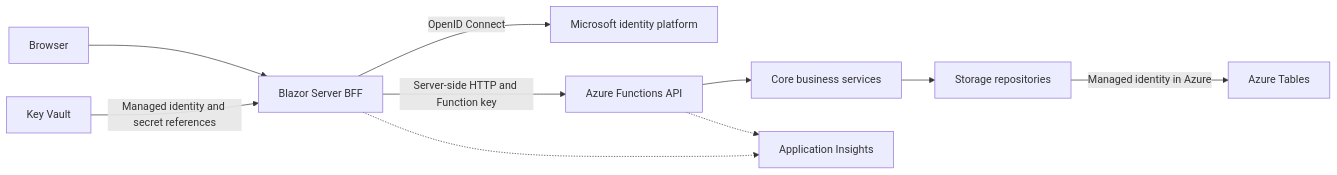
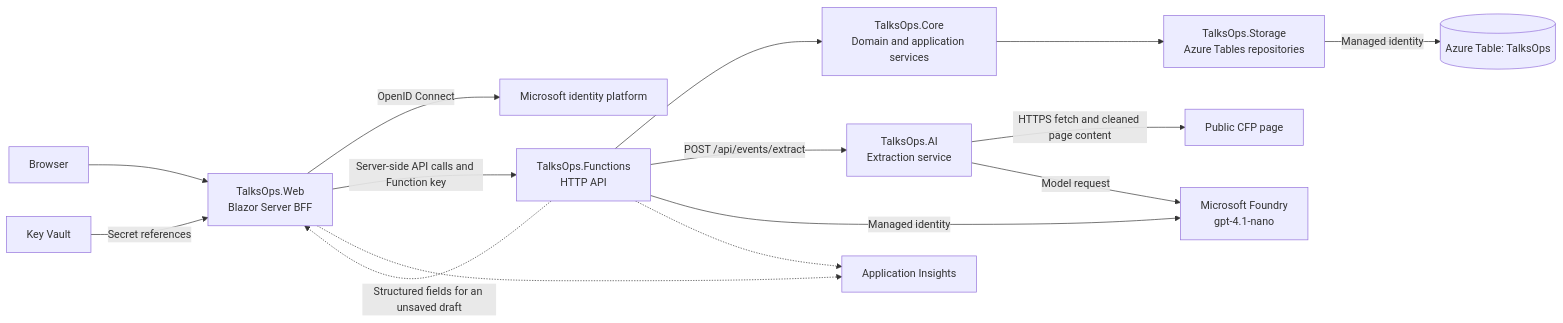
One commit to massimobonanni/TalksOps changed the diagram in README.md. Above: the diagram before and after it, drawn with Mermaid. The commit also changed other lines of this file and 3 other files, not shown here.

````diff
--- a/README.md
+++ b/README.md
@@ -53,12 +61,17 @@
 ```mermaid
 flowchart LR
-	Browser[Browser] --> Web[Blazor Server BFF]
-	Web -->|OpenID Connect| Identity[Microsoft identity platform]
-	Web -->|Server-side HTTP and Function key| Api[Azure Functions API]
-	Api --> Core[Core business services]
-	Core --> Storage[Storage repositories]
-	Storage -->|Managed identity in Azure| Tables[Azure Tables]
-	Vault[Key Vault] -->|Managed identity and secret references| Web
-	Web -.-> Insights[Application Insights]
-	Api -.-> Insights
+    Browser[Browser] --> Web[TalksOps.Web<br/>Blazor Server BFF]
+    Web -->|OpenID Connect| Identity[Microsoft identity platform]
+    Web -->|Server-side API calls and Function key| Api[TalksOps.Functions<br/>HTTP API]
+    Api --> Core[TalksOps.Core<br/>Domain and application services]
+    Core --> Storage[TalksOps.Storage<br/>Azure Tables repositories]
+    Storage -->|Managed identity| Tables[(Azure Table: TalksOps)]
+    Api -->|POST /api/events/extract| AI[TalksOps.AI<br/>Extraction service]
+    AI -->|HTTPS fetch and cleaned page content| Page[Public CFP page]
+    AI -->|Model request| Foundry[Microsoft Foundry<br/>gpt-4.1-nano]
+    Api -->|Managed identity| Foundry
+    Api -.->|Structured fields for an unsaved draft| Web
+    Vault[Key Vault] -->|Secret references| Web
+    Web -.-> Insights[Application Insights]
+    Api -.-> Insights
 ```
````
